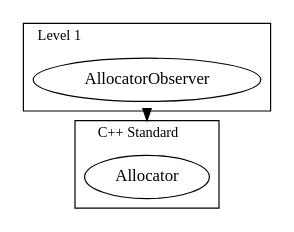
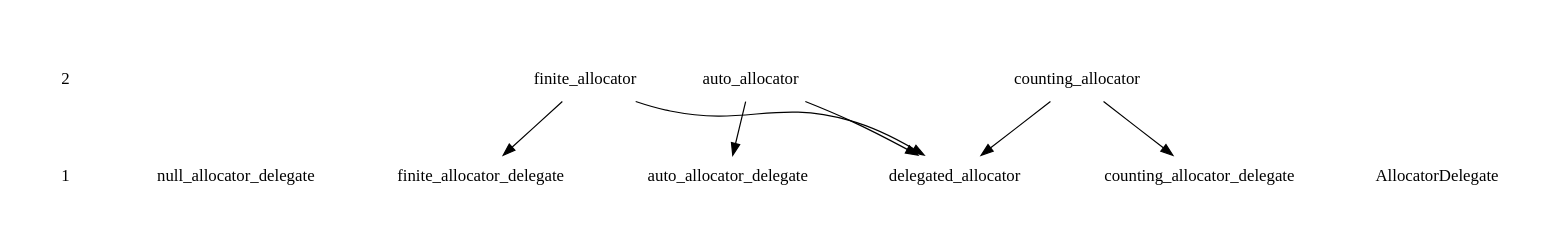
The diagram in doc/level.dot (jeffs/tgc), drawn with Graphviz before and after one commit. The commit also changed 1 other file, not shown here.

```diff
--- a/doc/level.dot
+++ b/doc/level.dot
@@ -1,24 +1,42 @@
 digraph Levels {
     compound=true;
     fontsize=12;
+    node [shape=none];
+
+    subgraph cluster_legend {
+        style=invis;
+        node [shape=none];
+        edge [style=invis];
+
+        2 -> 1;
+    }
+
+    subgraph cluster_level2 {
+        label="Level 1";
+        labeljust="l";
+        style=invis;
+
+        auto_allocator;
+        finite_allocator;
+    }
 
     subgraph cluster_level1 {
         label="Level 1";
-        labeljust="l"
-        //style=invis;
+        labeljust="l";
+        style=invis;
 
-        AllocatorObserver;
+        AllocatorDelegate;
+        counting_allocator_delegate;
+        delegated_allocator;
+        auto_allocator_delegate;
+        finite_allocator_delegate;
+        null_allocator_delegate;
     }
 
-    subgraph cluster_standard {
-        label="C++ Standard"
-        labeljust="l"
-
-        //style=invis;
-        Allocator;
-    }
-
-    AllocatorObserver -> Allocator
-        [ltail=cluster_level1,lhead=cluster_standard];
-
+    auto_allocator -> auto_allocator_delegate;
+    auto_allocator -> delegated_allocator;
+    counting_allocator -> delegated_allocator;
+    counting_allocator -> counting_allocator_delegate;
+    finite_allocator -> delegated_allocator;
+    finite_allocator -> finite_allocator_delegate;
 }
```
